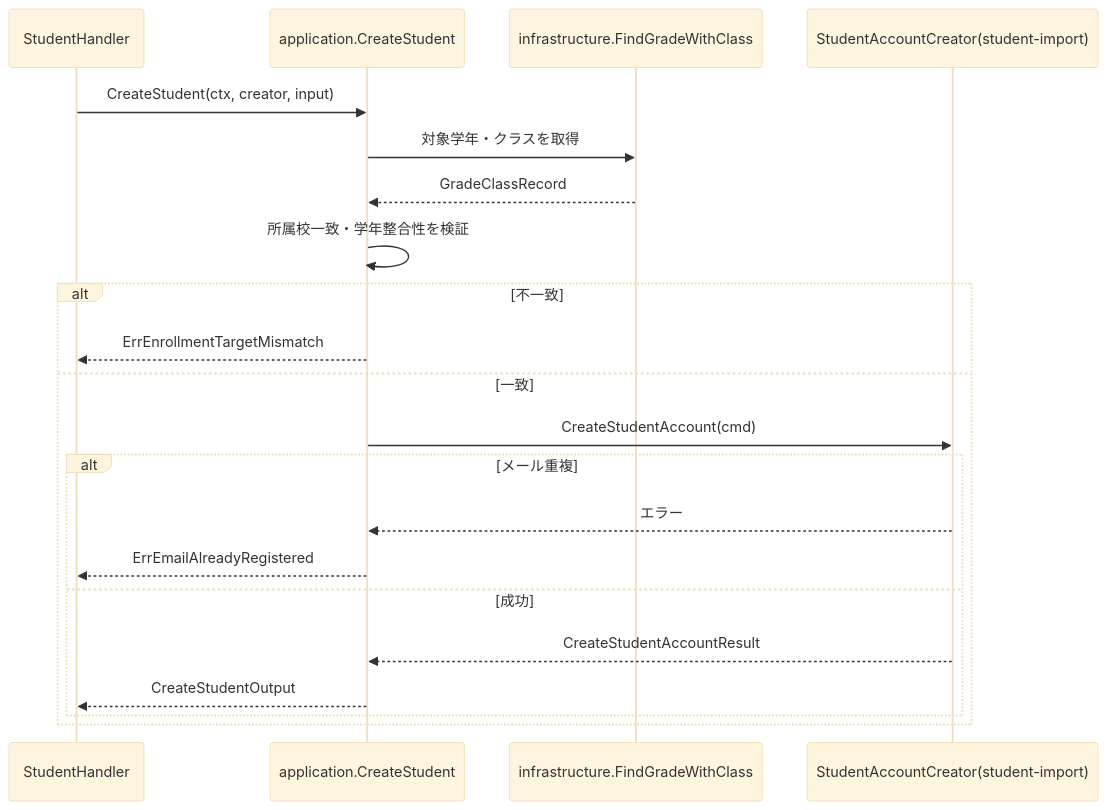
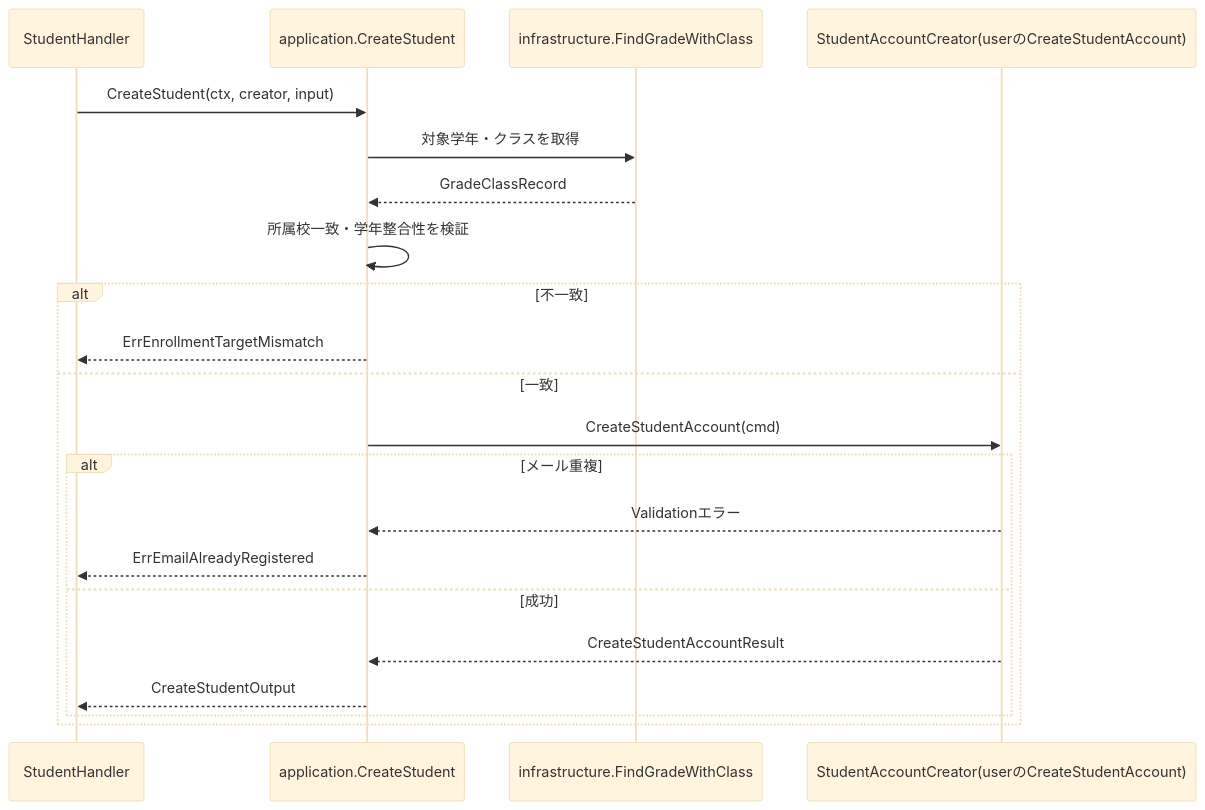
The first of 2 diagrams in 計画書/Go実装仕様書/教師生徒参照機能_Go実装仕様書.md (yuta20253/edu-platform-go-design), drawn with Mermaid (base theme) before and after one commit. The commit also changed other lines of this file and 28 other files, not shown here.

````diff
--- a/計画書/Go実装仕様書/教師生徒参照機能_Go実装仕様書.md
+++ b/計画書/Go実装仕様書/教師生徒参照機能_Go実装仕様書.md
@@ -206,24 +206,24 @@
 ```mermaid
 sequenceDiagram
     participant H as StudentHandler
     participant A as application.CreateStudent
     participant GQ as infrastructure.FindGradeWithClass
-    participant SC as StudentAccountCreator(student-import)
+    participant SC as StudentAccountCreator(userのCreateStudentAccount)
 
     H->>A: CreateStudent(ctx, creator, input)
     A->>GQ: 対象学年・クラスを取得
     GQ-->>A: GradeClassRecord
     A->>A: 所属校一致・学年整合性を検証
     alt 不一致
         A-->>H: ErrEnrollmentTargetMismatch
     else 一致
         A->>SC: CreateStudentAccount(cmd)
         alt メール重複
-            SC-->>A: エラー
+            SC-->>A: Validationエラー
             A-->>H: ErrEmailAlreadyRegistered
         else 成功
             SC-->>A: CreateStudentAccountResult
             A-->>H: CreateStudentOutput
         end
     end
 ```
````
